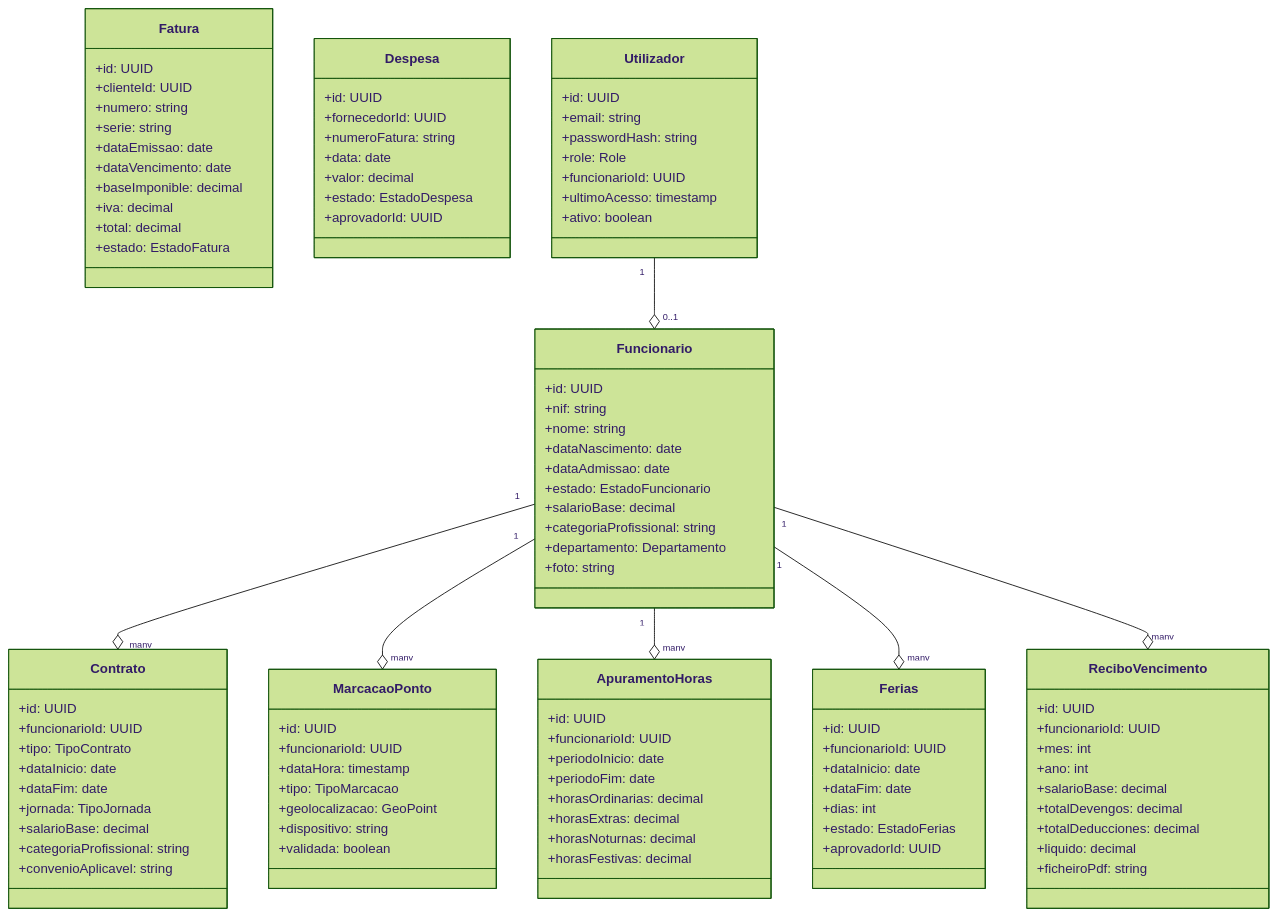
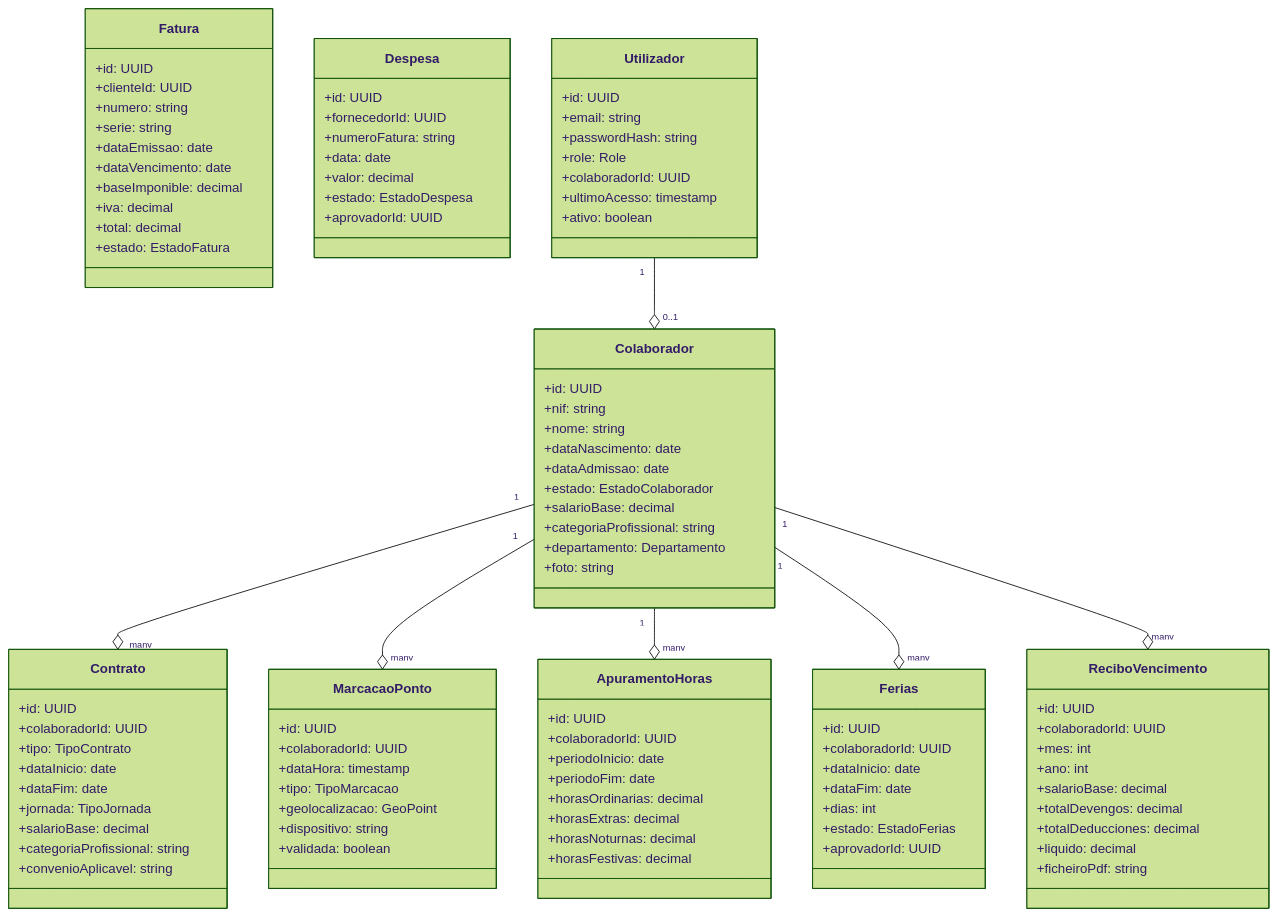
One commit to samuka7rodrigues/matadero-erp changed the second of 5 diagrams in docs/01-analise-funcional.md. Above: the diagram before and after it, drawn with Mermaid (forest theme). The commit also changed other lines of this file and 75 other files, not shown here.

````diff
--- a/docs/01-analise-funcional.md
+++ b/docs/01-analise-funcional.md
@@ -354,12 +354,12 @@
 ```mermaid
 classDiagram
-    class Funcionario {
+    class Colaborador {
         +id: UUID
         +nif: string
         +nome: string
         +dataNascimento: date
         +dataAdmissao: date
-        +estado: EstadoFuncionario
+        +estado: EstadoColaborador
         +salarioBase: decimal
         +categoriaProfissional: string
         +departamento: Departamento
@@ -368,7 +368,7 @@
 
     class Contrato {
         +id: UUID
-        +funcionarioId: UUID
+        +colaboradorId: UUID
         +tipo: TipoContrato
         +dataInicio: date
         +dataFim: date
@@ -380,7 +380,7 @@
 
     class MarcacaoPonto {
         +id: UUID
-        +funcionarioId: UUID
+        +colaboradorId: UUID
         +dataHora: timestamp
         +tipo: TipoMarcacao
         +geolocalizacao: GeoPoint
@@ -390,7 +390,7 @@
 
     class ApuramentoHoras {
         +id: UUID
-        +funcionarioId: UUID
+        +colaboradorId: UUID
         +periodoInicio: date
         +periodoFim: date
         +horasOrdinarias: decimal
@@ -401,7 +401,7 @@
 
     class Ferias {
         +id: UUID
-        +funcionarioId: UUID
+        +colaboradorId: UUID
         +dataInicio: date
         +dataFim: date
         +dias: int
@@ -411,7 +411,7 @@
 
     class ReciboVencimento {
         +id: UUID
-        +funcionarioId: UUID
+        +colaboradorId: UUID
         +mes: int
         +ano: int
         +salarioBase: decimal
@@ -449,15 +449,15 @@
         +email: string
         +passwordHash: string
         +role: Role
-        +funcionarioId: UUID
+        +colaboradorId: UUID
         +ultimoAcesso: timestamp
         +ativo: boolean
     }
 
-    Funcionario "1" --o "many" Contrato
-    Funcionario "1" --o "many" MarcacaoPonto
-    Funcionario "1" --o "many" ApuramentoHoras
-    Funcionario "1" --o "many" Ferias
-    Funcionario "1" --o "many" ReciboVencimento
-    Utilizador "1" --o "0..1" Funcionario
+    Colaborador "1" --o "many" Contrato
+    Colaborador "1" --o "many" MarcacaoPonto
+    Colaborador "1" --o "many" ApuramentoHoras
+    Colaborador "1" --o "many" Ferias
+    Colaborador "1" --o "many" ReciboVencimento
+    Utilizador "1" --o "0..1" Colaborador
 ```
````
